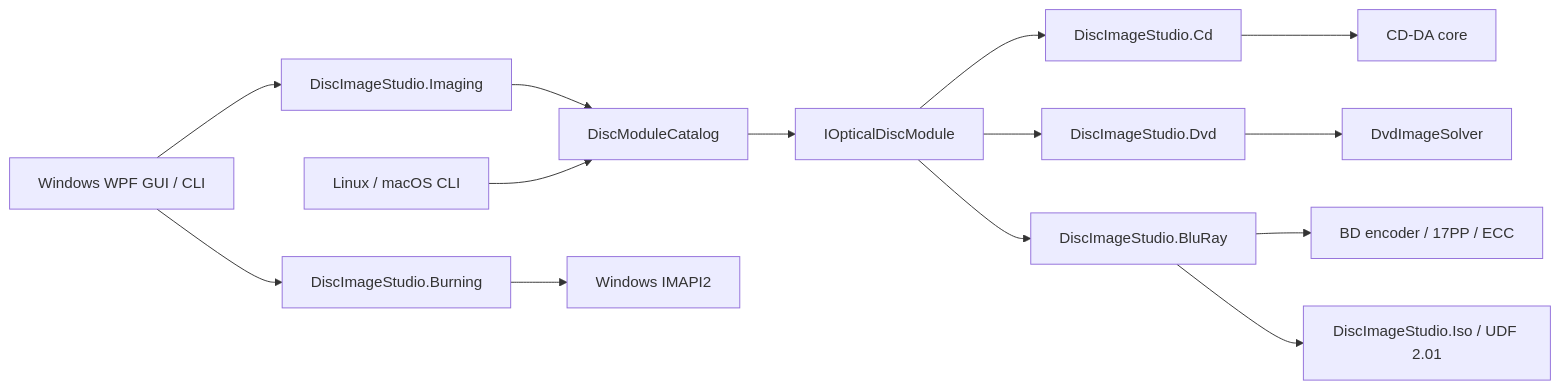
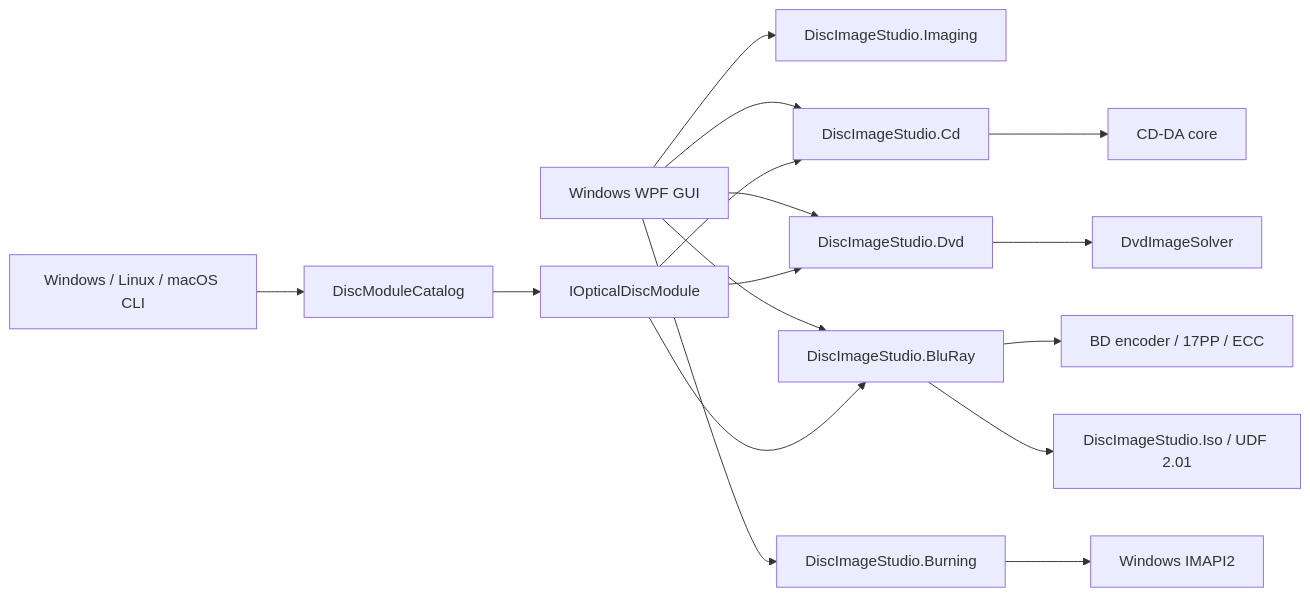
The diagram in docs/ARCHITECTURE.md (JiaFeiMiao-K-Cat/DiscImageStudio), drawn with Mermaid before and after one commit. The commit also changed other lines of this file and 33 other files, not shown here.

Commit message:
Route GUI disc operations through typed internal APIs

````diff
--- a/docs/ARCHITECTURE.md
+++ b/docs/ARCHITECTURE.md
@@ -7,16 +7,18 @@
 ```mermaid
 flowchart LR
-    GUI[Windows WPF GUI / CLI] --> Imaging[DiscImageStudio.Imaging]
-    Imaging --> Catalog[DiscModuleCatalog]
-    CLI[Linux / macOS CLI] --> Catalog
+    GUI[Windows WPF GUI] --> Imaging[DiscImageStudio.Imaging]
+    GUI --> CD[DiscImageStudio.Cd]
+    GUI --> DVD[DiscImageStudio.Dvd]
+    GUI --> BD[DiscImageStudio.BluRay]
+    CLI[Windows / Linux / macOS CLI] --> Catalog[DiscModuleCatalog]
     GUI --> Burning[DiscImageStudio.Burning]
     Burning --> IMAPI[Windows IMAPI2]
     Catalog --> Contract[IOpticalDiscModule]
     Contract --> CD[DiscImageStudio.Cd]
     Contract --> DVD[DiscImageStudio.Dvd]
     Contract --> BD[DiscImageStudio.BluRay]
     DVD --> Engine[DvdImageSolver]
     CD --> CdEngine[CD-DA core]
     BD --> BdEngine[BD encoder / 17PP / ECC]
     BD --> Iso[DiscImageStudio.Iso / UDF 2.01]
 ```
````
